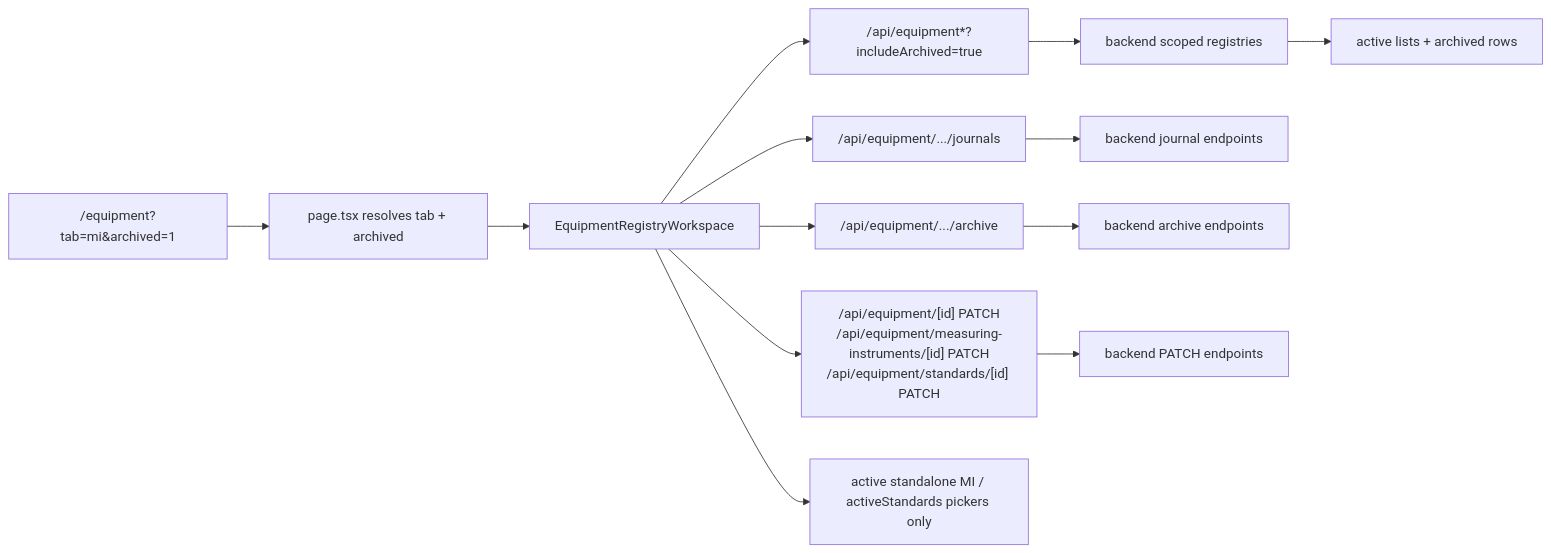
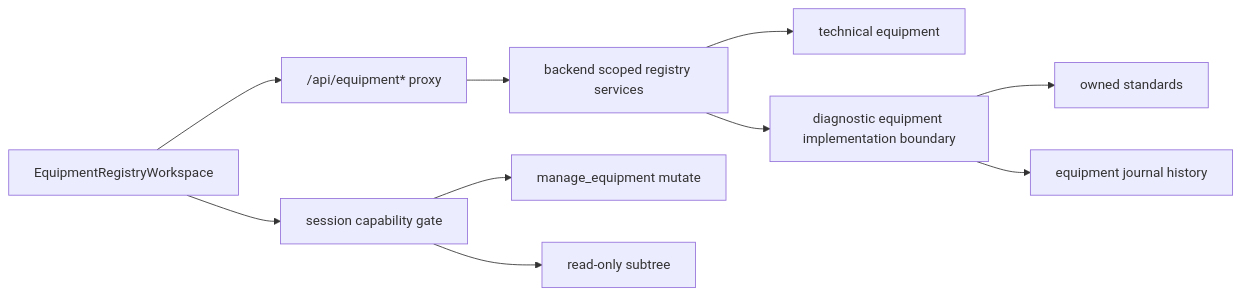
One commit to vrk-app/vrk changed the seventh of 9 diagrams in docs/architecture/frontend-architecture.md. Above: the diagram before and after it, drawn with Mermaid. The commit also changed other lines of this file and 196 other files, not shown here.

First line of the commit message:
fix(app): align standards ownership with instruments

````diff
--- a/docs/architecture/frontend-architecture.md
+++ b/docs/architecture/frontend-architecture.md
@@ -230,15 +235,12 @@
 ```mermaid
 flowchart LR
-    A["/equipment?tab=mi&archived=1"] --> B["page.tsx resolves tab + archived"]
-    B --> C["EquipmentRegistryWorkspace"]
-    C --> D["/api/equipment*?includeArchived=true"]
-    C --> E["/api/equipment/.../journals"]
-    C --> F["/api/equipment/.../archive"]
-    C --> L["/api/equipment/[id] PATCH<br/>/api/equipment/measuring-instruments/[id] PATCH<br/>/api/equipment/standards/[id] PATCH"]
-    D --> G["backend scoped registries"]
-    E --> H["backend journal endpoints"]
-    F --> I["backend archive endpoints"]
-    L --> M["backend PATCH endpoints"]
-    G --> J["active lists + archived rows"]
-    C --> K["active standalone MI / activeStandards pickers only"]
+    A["EquipmentRegistryWorkspace"] --> B["/api/equipment* proxy"]
+    B --> C["backend scoped registry services"]
+    C --> D["technical equipment"]
+    C --> E["diagnostic equipment implementation boundary"]
+    E --> F["owned standards"]
+    E --> G["equipment journal history"]
+    A --> H["session capability gate"]
+    H --> I["manage_equipment mutate"]
+    H --> J["read-only subtree"]
 ```
````
